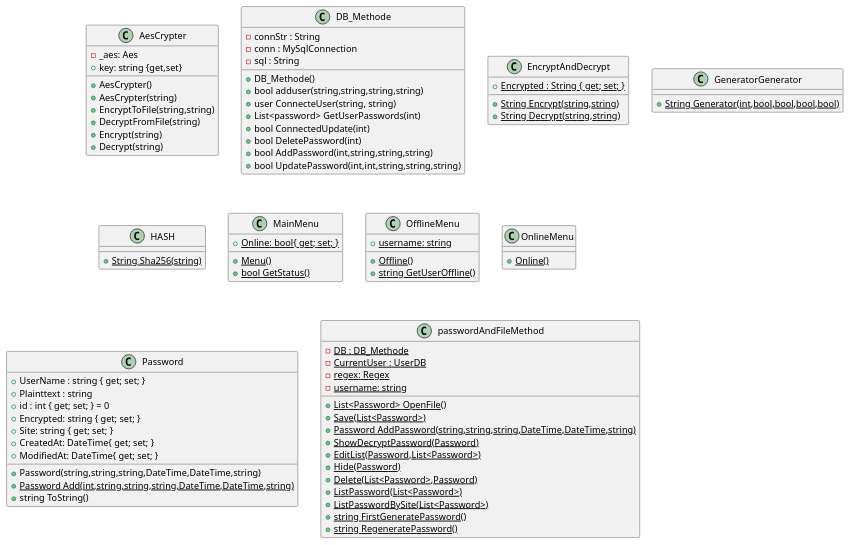
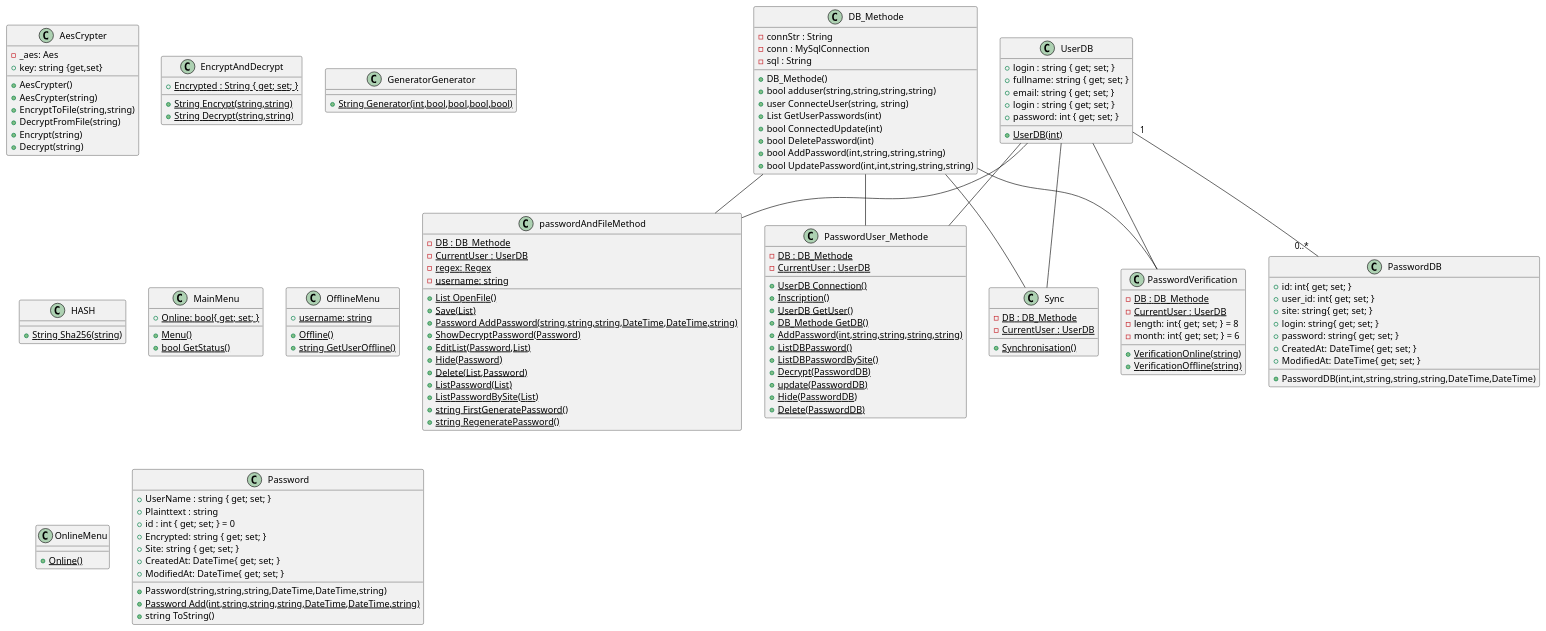
The diagram in ClassDiagram.md (olivier431/PasswordGenerator), drawn with PlantUML before and after one commit. The commit also changed 2 other files, not shown here.

Commit message:
some changes to ClassDiagram

````diff
--- a/ClassDiagram.md
+++ b/ClassDiagram.md
@@ -1,89 +1,146 @@
+```plantuml
+
 @startuml
-class AesCrypter {
--_aes: Aes
-+key: string {get,set}
-+AesCrypter()
-+AesCrypter(string)
-+EncryptToFile(string,string)
-+DecryptFromFile(string)
-+Encrypt(string)
-+Decrypt(string)
+class AesCrypter { 
+-_aes: Aes 
++key: string {get,set} 
++AesCrypter() 
++AesCrypter(string) 
++EncryptToFile(string,string) 
++DecryptFromFile(string) 
++Encrypt(string) 
++Decrypt(string) 
 }
 
-class DB_Methode{
--connStr : String
--conn : MySqlConnection
--sql : String
-+DB_Methode()
-+bool adduser(string,string,string,string)
-+user ConnecteUser(string, string)
-+List<password> GetUserPasswords(int)
-+bool ConnectedUpdate(int)
-+bool DeletePassword(int)
-+bool AddPassword(int,string,string,string)
-+bool UpdatePassword(int,int,string,string,string)   
+class DB_Methode{ 
+-connStr : String 
+-conn : MySqlConnection 
+-sql : String 
++DB_Methode() 
++bool adduser(string,string,string,string) 
++user ConnecteUser(string, string) 
++List GetUserPasswords(int) 
++bool ConnectedUpdate(int) 
++bool DeletePassword(int) 
++bool AddPassword(int,string,string,string) 
++bool UpdatePassword(int,int,string,string,string)
 }
 
-class EncryptAndDecrypt{
-+{static}Encrypted : String { get; set; }
-+{static}String Encrypt(string,string)
-+{static}String Decrypt(string,string)
+class EncryptAndDecrypt{ 
++{static}Encrypted : String { get; set; } 
++{static}String Encrypt(string,string) 
++{static}String Decrypt(string,string) 
 }
 
 class GeneratorGenerator{
-+{static}String Generator(int,bool,bool,bool,bool)
++{static}String Generator(int,bool,bool,bool,bool) 
 }
 
-class HASH{
-+{static}String Sha256(string)
+class HASH{ 
++{static}String Sha256(string) 
 }
 
-class MainMenu{
-+{static}Online: bool{ get; set; }
-+{static}Menu()
-+{static}bool GetStatus()
+class MainMenu{ 
++{static}Online: bool{ get; set; } 
++{static}Menu() 
++{static}bool GetStatus() 
 }
 
-class OfflineMenu{
-+{static}username: string
-+{static}Offline()
-+{static}string GetUserOffline()
+class OfflineMenu{ 
++{static}username: string 
++{static}Offline() 
++{static}string GetUserOffline() 
 }
 
-class OnlineMenu{
-+{static}Online()
+class OnlineMenu{ 
++{static}Online() 
 }
 
 class Password{
-+UserName : string { get; set; }
-+Plainttext : string
-+id : int { get; set; } = 0
-+Encrypted: string { get; set; }
-+Site: string { get; set; }
+ +UserName : string { get; set; } 
++Plainttext : string 
++id : int { get; set; } = 0 
++Encrypted: string { get; set; } 
++Site: string { get; set; } 
++CreatedAt: DateTime{ get; set; } 
++ModifiedAt: DateTime{ get; set; } 
++Password(string,string,string,DateTime,DateTime,string) 
++{static}Password Add(int,string,string,string,DateTime,DateTime,string)
++string ToString() 
+
+}
+class passwordAndFileMethod{
+-{static}DB : DB_Methode 
+-{static}CurrentUser : UserDB 
+-{static}regex: Regex 
+-{static}username: string 
++{static}List OpenFile() 
++{static}Save(List) 
++{static}Password AddPassword(string,string,string,DateTime,DateTime,string) 
++{static}ShowDecryptPassword(Password) 
++{static}EditList(Password,List) 
++{static}Hide(Password) 
++{static}Delete(List,Password) 
++{static}ListPassword(List) 
++{static}ListPasswordBySite(List) 
++{static}string FirstGeneratePassword() 
++{static}string RegeneratePassword()
+}
+DB_Methode -- passwordAndFileMethod
+UserDB -- passwordAndFileMethod
+class PasswordDB{
++id: int{ get; set; }
++user_id: int{ get; set; }
++site: string{ get; set; }
++login: string{ get; set; }
++password: string{ get; set; }
 +CreatedAt: DateTime{ get; set; }
 +ModifiedAt: DateTime{ get; set; }
-+Password(string,string,string,DateTime,DateTime,string)
-+{static}Password Add(int,string,string,string,DateTime,DateTime,string)
-+ string ToString()
-  }
-
-class passwordAndFileMethod{
--{static}DB : DB_Methode
--{static}CurrentUser : UserDB
--{static}regex: Regex
--{static}username: string
-+{static}List<Password> OpenFile()
-+{static}Save(List<Password>)
-+{static}Password AddPassword(string,string,string,DateTime,DateTime,string)
-+{static}ShowDecryptPassword(Password)
-+{static}EditList(Password,List<Password>)
-+{static}Hide(Password)
-+{static}Delete(List<Password>,Password)
-+{static}ListPassword(List<Password>)
-+{static}ListPasswordBySite(List<Password>)
-+{static}string FirstGeneratePassword()
-+{static}string RegeneratePassword()
-
++PasswordDB(int,int,string,string,string,DateTime,DateTime)
 }
 
+class PasswordUser_Methode{
+-{static}DB : DB_Methode 
+-{static}CurrentUser : UserDB 
++{static}UserDB Connection()
++{static}Inscription()
++{static}UserDB GetUser()
++{static}DB_Methode GetDB()
++{static}AddPassword(int,string,string,string,string)
++{static}ListDBPassword()
++{static}ListDBPasswordBySite()
++{static}Decrypt(PasswordDB)
++{static}update(PasswordDB)
++{static}Hide(PasswordDB)
++{static}Delete(PasswordDB)
+}
+DB_Methode -- PasswordUser_Methode
+UserDB -- PasswordUser_Methode
+class PasswordVerification{
+-{static}DB : DB_Methode 
+-{static}CurrentUser : UserDB 
+-length: int{ get; set; } = 8
+-month: int{ get; set; } = 6
++{static}VerificationOnline(string)
++{static}VerificationOffline(string)
+}
+DB_Methode -- PasswordVerification
+UserDB -- PasswordVerification
+class Sync{
+-{static}DB : DB_Methode 
+-{static}CurrentUser : UserDB
++{static}Synchronisation()
+}
+DB_Methode -- Sync
+UserDB -- Sync
+class UserDB{
++login : string { get; set; }
++fullname: string { get; set; }
++email: string { get; set; }
++login : string { get; set; }
++password: int { get; set; }
++{static}UserDB(int)
+}
+UserDB " 1 "-- " 0..* "PasswordDB
 @enduml
+```
````
